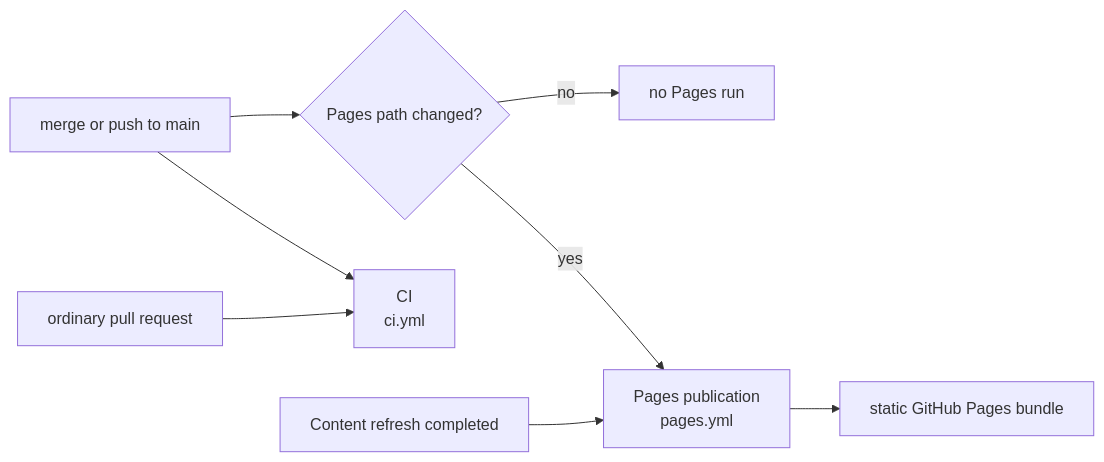
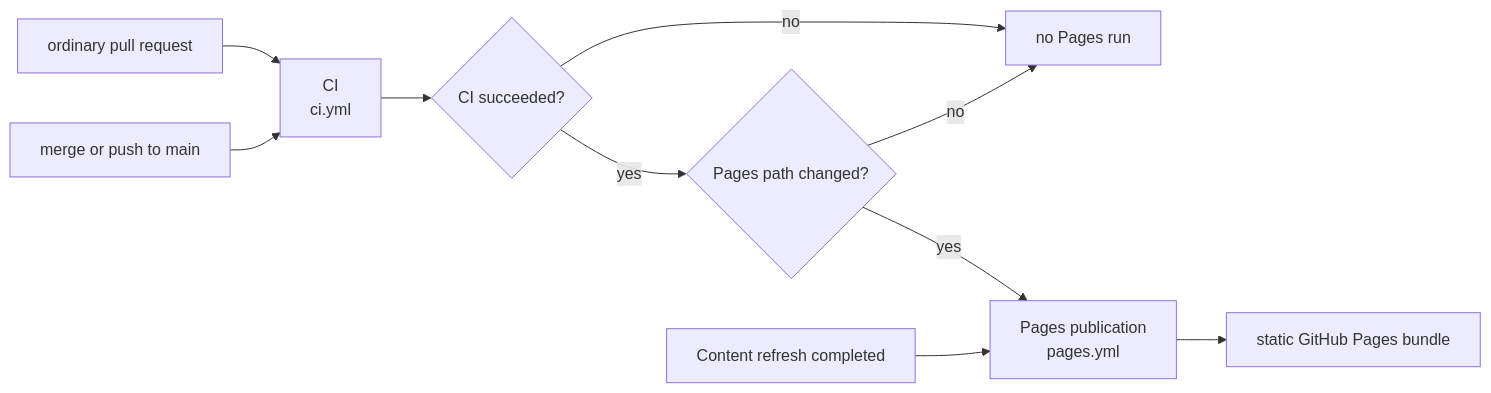
The first of 3 diagrams in docs/reference/github-actions.md (miztiik/yen-idhazh), drawn with Mermaid before and after one commit. The commit also changed other lines of this file and 2 other files, not shown here.

````diff
--- a/docs/reference/github-actions.md
+++ b/docs/reference/github-actions.md
@@ -102,10 +114,12 @@
 ```mermaid
 flowchart LR
  PR["ordinary pull request"] --> CI["CI<br/>ci.yml"]
  PUSH["merge or push to main"] --> CI
- PUSH --> FILTER{"Pages path changed?"}
+ CI --> VERDICT{"CI succeeded?"}
+ VERDICT -->|"no"| NO_PAGES["no Pages run"]
+ VERDICT -->|"yes"| FILTER{"Pages path changed?"}
  FILTER -->|"yes"| PAGES["Pages publication<br/>pages.yml"]
- FILTER -->|"no"| NO_PAGES["no Pages run"]
+ FILTER -->|"no"| NO_PAGES
  REFRESH_DONE["Content refresh completed"] --> PAGES
  PAGES --> STATIC["static GitHub Pages bundle"]
 ```
````
